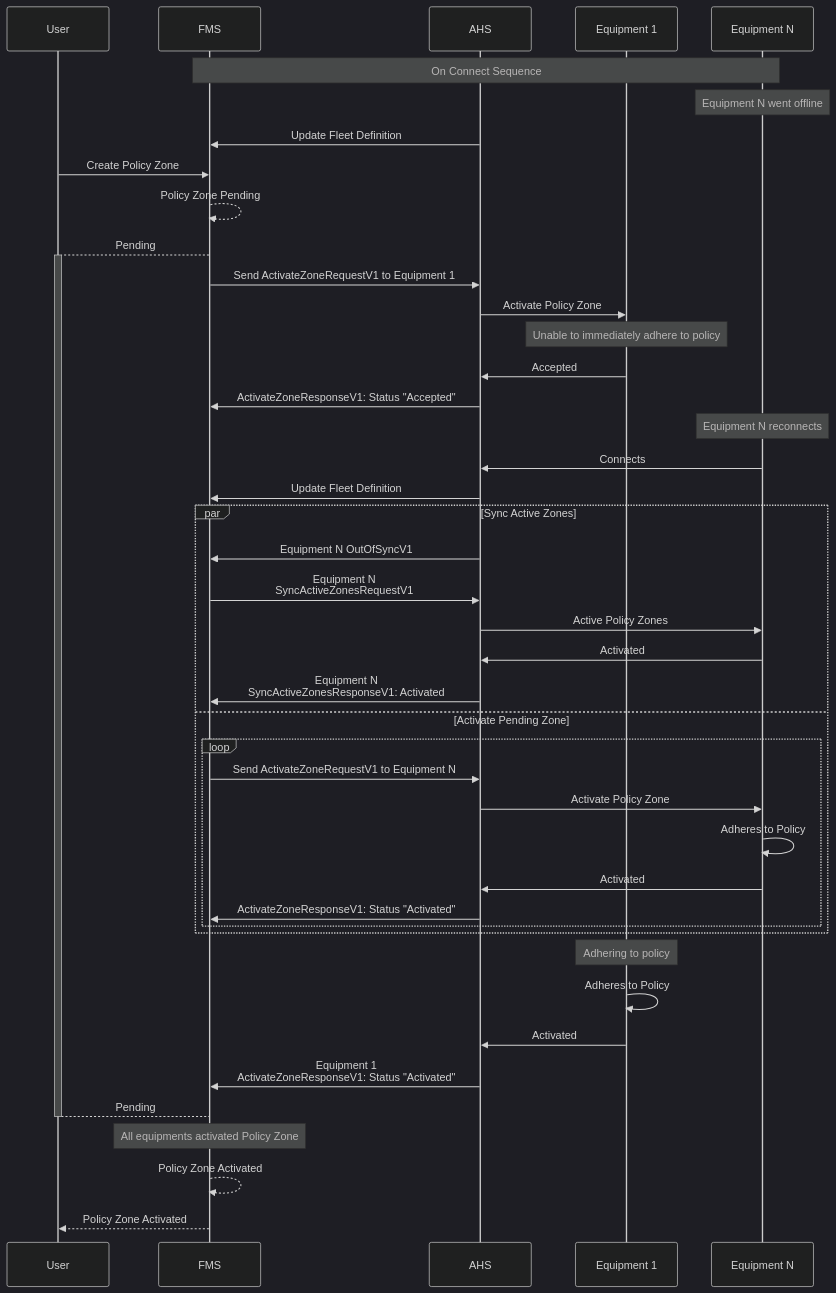
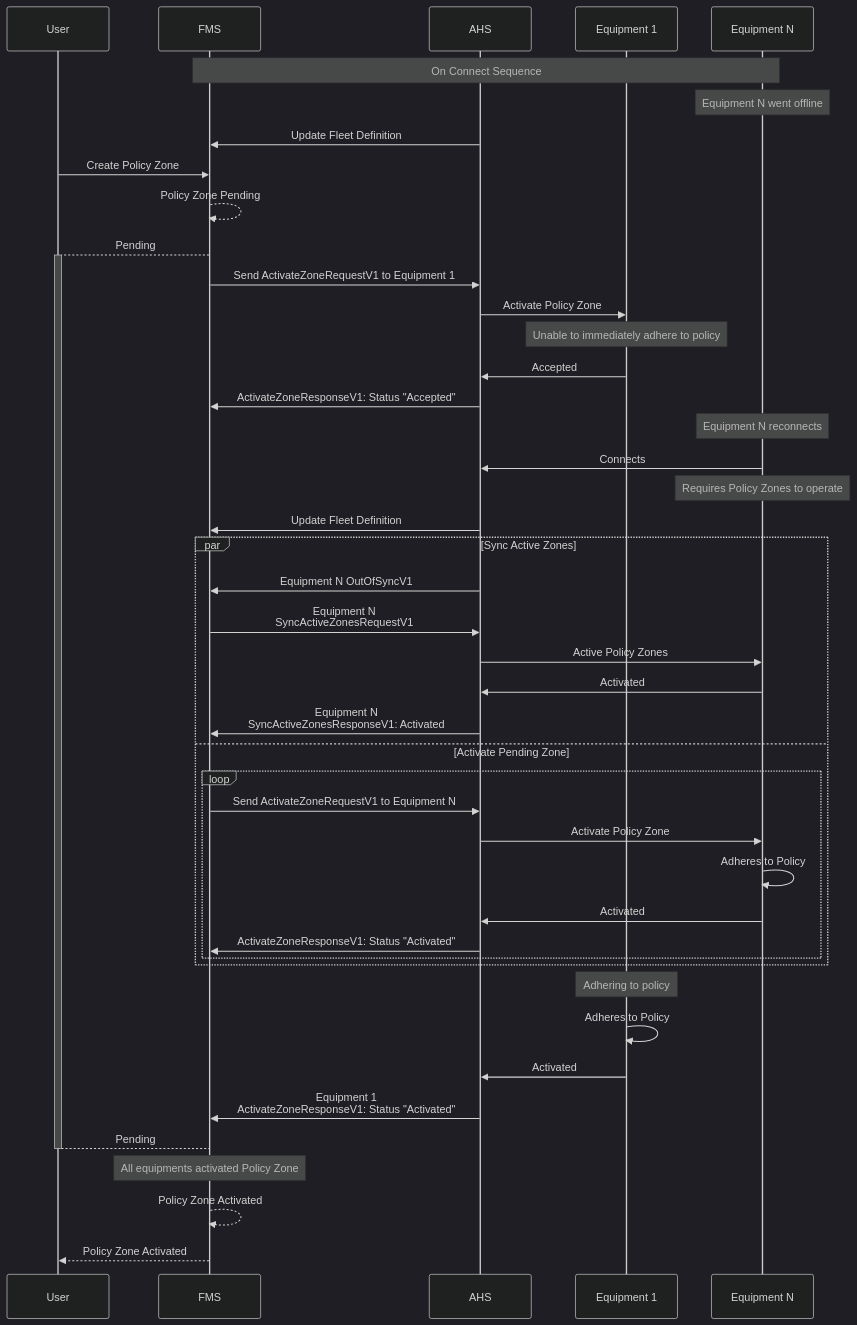
The second of 3 diagrams in diagram/Resynchronisation.md (open-autonomy/zone), drawn with Mermaid (dark theme) before and after one commit. The commit also changed other lines of this file and 1 other file, not shown here.

Commit message:
update diagrams

````diff
--- a/diagram/Resynchronisation.md
+++ b/diagram/Resynchronisation.md
@@ -39,59 +39,60 @@
 ```mermaid
 sequenceDiagram
     participant User
     participant FMS
     participant AHS
     participant Equipment 1
     participant Equipment N
 
     Note over FMS,Equipment N: On Connect Sequence
     Note over Equipment N: Equipment N went offline
     AHS->>FMS: Update Fleet Definition
 
     User->>FMS: Create Policy Zone
     FMS-->>FMS: Policy Zone Pending
     FMS-->+User: Pending
 
     FMS->>AHS: Send ActivateZoneRequestV1 to Equipment 1
     AHS->>Equipment 1: Activate Policy Zone
     Note over Equipment 1: Unable to immediately adhere to policy
     Equipment 1->>AHS: Accepted
     AHS->>FMS: ActivateZoneResponseV1: Status "Accepted"
 
     Note Over Equipment N: Equipment N reconnects
 
     Equipment N->>AHS: Connects
+    Note Over Equipment N: Requires Policy Zones to operate
     AHS->>FMS: Update Fleet Definition
 
     par Sync Active Zones
         AHS->>FMS: Equipment N OutOfSyncV1
 
         FMS->>AHS: Equipment N <br/> SyncActiveZonesRequestV1
         AHS->>Equipment N: Active Policy Zones
 
         Equipment N->>AHS: Activated
 
         AHS->>FMS: Equipment N <br/> SyncActiveZonesResponseV1: Activated
     and Activate Pending Zone
         loop
             FMS->>AHS: Send ActivateZoneRequestV1 to Equipment N
             AHS->>Equipment N: Activate Policy Zone
             Equipment N->>Equipment N: Adheres to Policy
             Equipment N->>AHS: Activated
             AHS->>FMS: ActivateZoneResponseV1: Status "Activated"
         end
     end
 
     Note Over Equipment 1: Adhering to policy
     Equipment 1->>Equipment 1: Adheres to Policy
     Equipment 1->>AHS: Activated
      AHS->>FMS: Equipment 1 <br/> ActivateZoneResponseV1: Status "Activated"
 
 
     User-->-FMS: Pending
 
     Note Over FMS: All equipments activated Policy Zone
     FMS-->>FMS: Policy Zone Activated
 
     FMS-->>User: Policy Zone Activated
 ```
````
